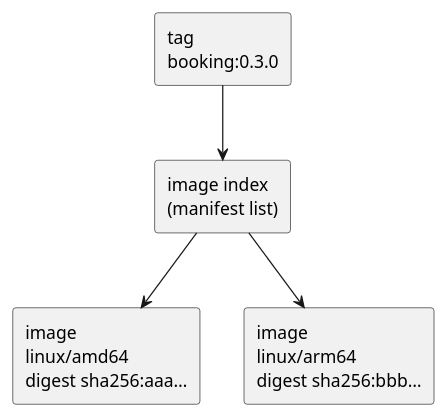
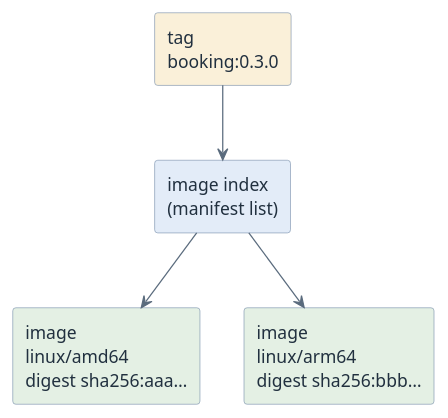
Before and after one commit to htl-leonding-college/curriculum-syp3: the diagram in modules/docker-multiarch/index.adoc, drawn with PlantUML. The commit also changed 65 other files, not shown here.

First line of the commit message:
feat(site): give the diagrams a semantic pastel palette

```diff
--- a/modules/docker-multiarch/index.adoc
+++ b/modules/docker-multiarch/index.adoc
@@ -98,17 +98,19 @@
 [plantuml,image-index,svg]
 ----
 @startuml
-skinparam monochrome true
+<style>
+element { BackgroundColor #EDF3FA; LineColor #7C93AD; FontColor #21303F }
+arrow { LineColor #5A6B7D; FontColor #21303F }
+</style>
 skinparam shadowing false
 skinparam defaultFontName Helvetica
 
-rectangle "tag\nbooking:0.3.0" as T
-rectangle "image index\n(manifest list)" as IX
-rectangle "image\nlinux/amd64\ndigest sha256:aaa…" as A
-rectangle "image\nlinux/arm64\ndigest sha256:bbb…" as B
-
+rectangle "tag\nbooking:0.3.0" as T #FAF0D9
+rectangle "image index\n(manifest list)" as IX #E3ECF8
+rectangle "image\nlinux/amd64\ndigest sha256:aaa…" as A #E4F0E4
+rectangle "image\nlinux/arm64\ndigest sha256:bbb…" as B #E4F0E4
 T -down-> IX
 IX -down-> A
 IX -down-> B
 @enduml
 ----
```
